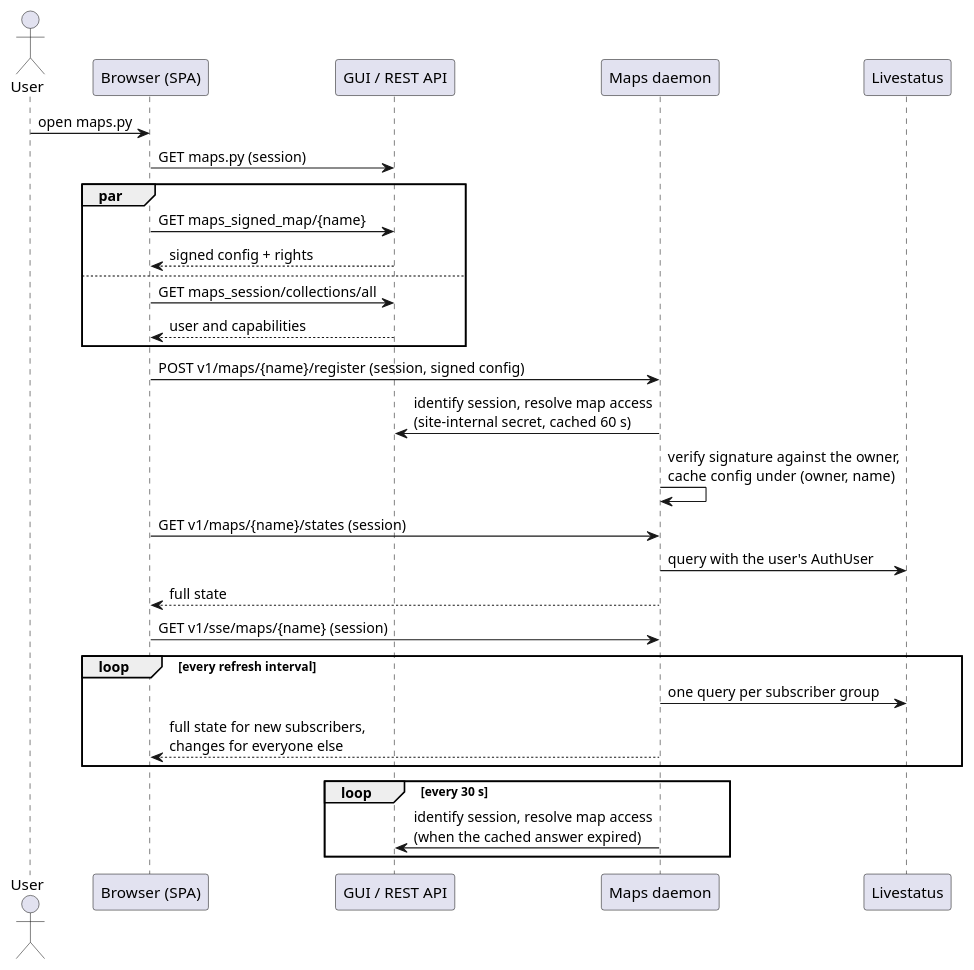
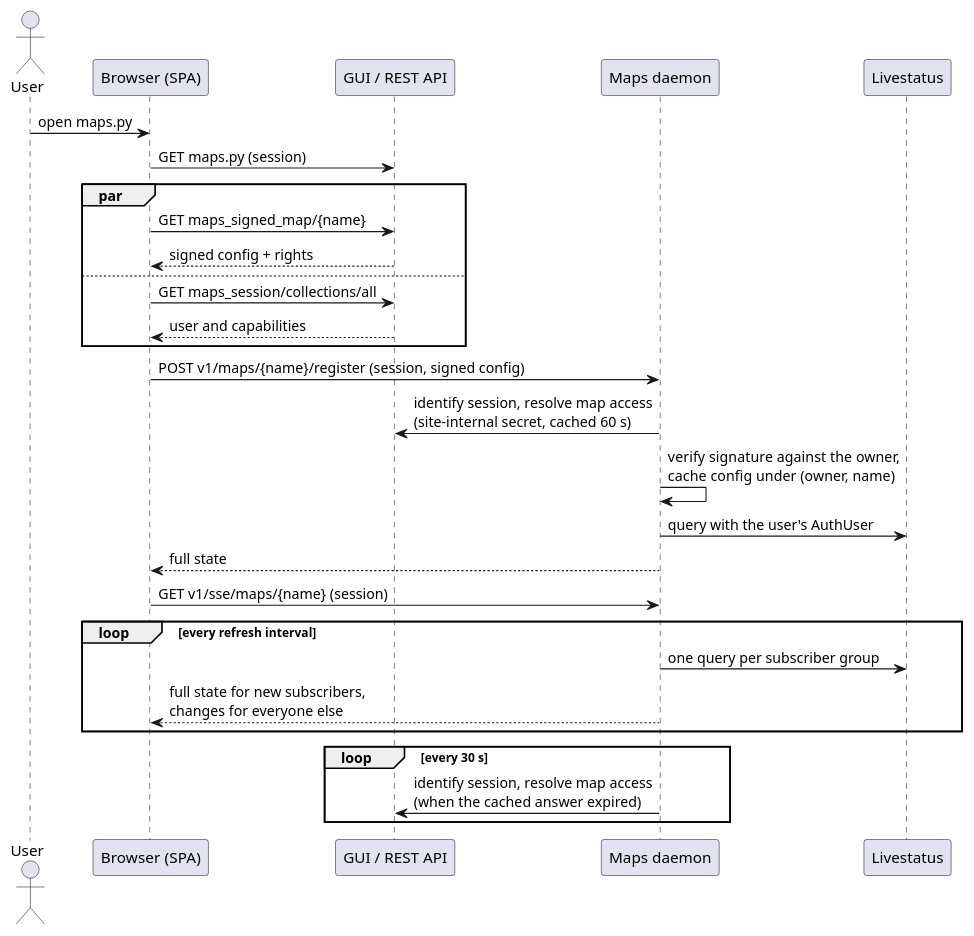
Before and after one commit to Checkmk/checkmk: the second of 2 diagrams in doc/documentation/arch-comp-maps.rst, drawn with PlantUML. The commit also changed other lines of this file and 8 other files, not shown here.

First line of the commit message:
Maps: answer a map's registration with its states

```diff
--- a/doc/documentation/arch-comp-maps.rst
+++ b/doc/documentation/arch-comp-maps.rst
@@ -1048,31 +1050,30 @@
 .. uml::
 
     actor User
     participant "Browser (SPA)" as spa
     participant "GUI / REST API" as gui
     participant "Maps daemon" as daemon
     participant Livestatus as ls
 
     User -> spa : open maps.py
     spa -> gui : GET maps.py (session)
     par
         spa -> gui : GET maps_signed_map/{name}
         gui --> spa : signed config + rights
     else
         spa -> gui : GET maps_session/collections/all
         gui --> spa : user and capabilities
     end
     spa -> daemon : POST v1/maps/{name}/register (session, signed config)
     daemon -> gui : identify session, resolve map access\n(site-internal secret, cached 60 s)
     daemon -> daemon : verify signature against the owner,\ncache config under (owner, name)
-    spa -> daemon : GET v1/maps/{name}/states (session)
     daemon -> ls : query with the user's AuthUser
     daemon --> spa : full state
     spa -> daemon : GET v1/sse/maps/{name} (session)
     loop every refresh interval
         daemon -> ls : one query per subscriber group
         daemon --> spa : full state for new subscribers,\nchanges for everyone else
     end
     loop every 30 s
         daemon -> gui : identify session, resolve map access\n(when the cached answer expired)
     end
```
